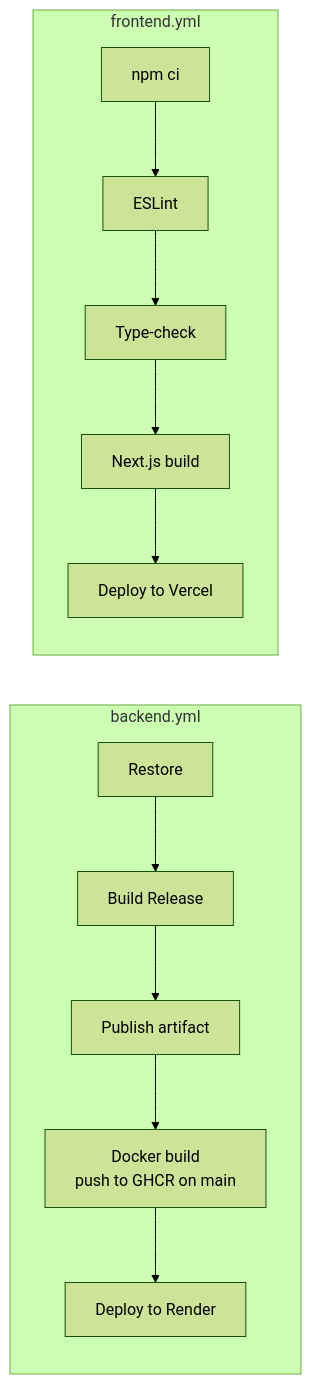
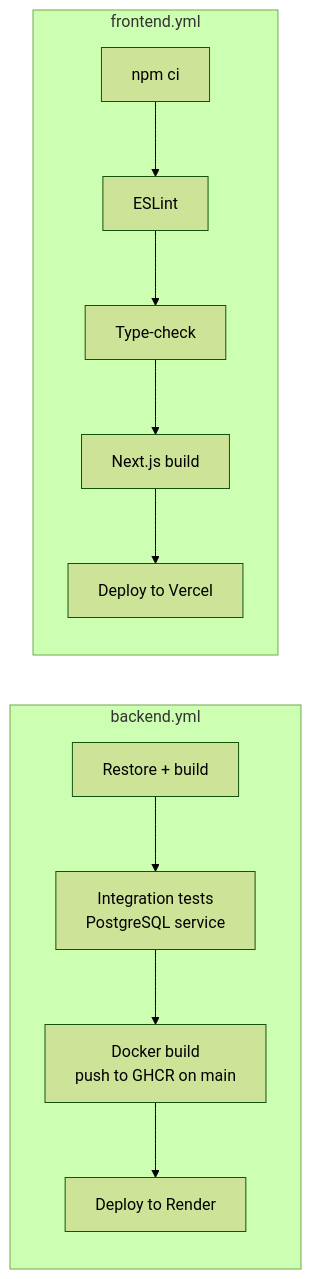
One commit to kaine45-cyber/Assignment_PRN232_PhanVanLoc_QE190160 changed the third of 3 diagrams in README.md. Above: the diagram before and after it, drawn with Mermaid (forest theme). The commit also changed other lines of this file and 11 other files, not shown here.

Commit message:
docs: update README, ERD, screenshots and env examples for Assignment 2

````diff
--- a/README.md
+++ b/README.md
@@ -184,9 +237,9 @@
 ```mermaid
 flowchart LR
     subgraph Backend["backend.yml"]
-        B1[Restore] --> B2[Build Release] --> B3[Publish artifact] --> B4[Docker build<br/>push to GHCR on main] --> B5[Deploy to Render]
+        B1[Restore + build] --> B2[Integration tests<br/>PostgreSQL service] --> B3[Docker build<br/>push to GHCR on main] --> B4[Deploy to Render]
     end
     subgraph Frontend["frontend.yml"]
         F1[npm ci] --> F2[ESLint] --> F3[Type-check] --> F4[Next.js build] --> F5[Deploy to Vercel]
     end
 ```
````
